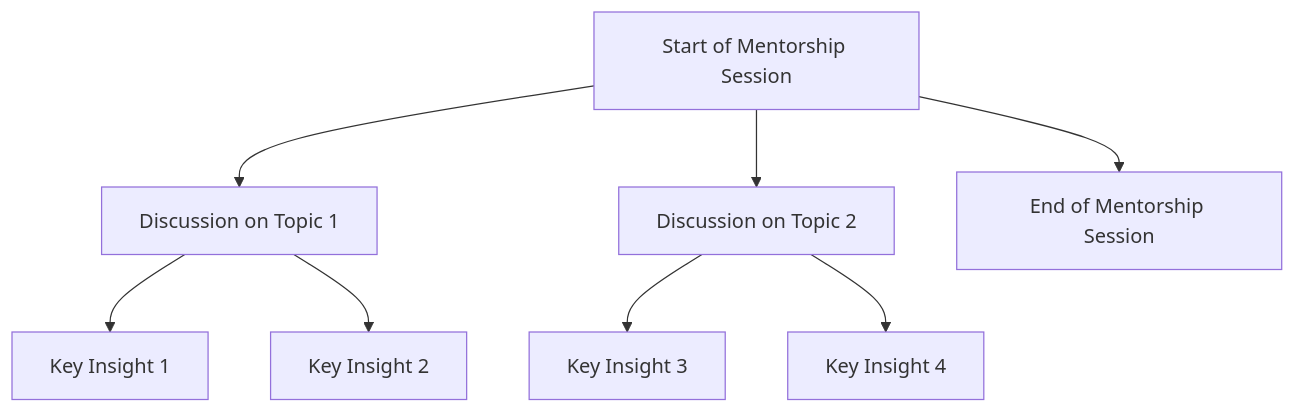
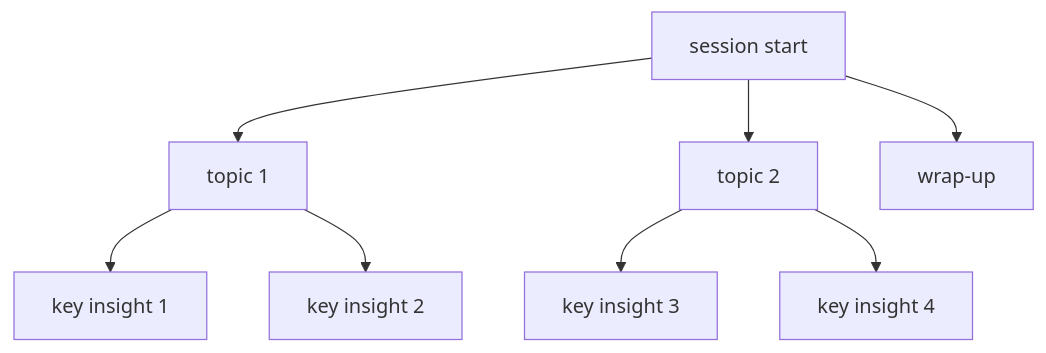
One commit to mrncstt/mrncstt.github.io changed the diagram in _posts/2024-03-03-seeking_insights_from_a_recording_using_google_cloud_speech_to_text_google_colab_and_chatgpt.md. Above: the diagram before and after it, drawn with Mermaid. The commit also changed other lines of this file, not shown here.

````diff
--- a/_posts/2024-03-03-seeking_insights_from_a_recording_using_google_cloud_speech_to_text_google_colab_and_chatgpt.md
+++ b/_posts/2024-03-03-seeking_insights_from_a_recording_using_google_cloud_speech_to_text_google_colab_and_chatgpt.md
@@ -132,10 +140,10 @@
 ```mermaid
 graph TD
-    A[Start of Mentorship Session] --> B[Discussion on Topic 1]
-    B --> C[Key Insight 1]
-    B --> D[Key Insight 2]
-    A --> E[Discussion on Topic 2]
-    E --> F[Key Insight 3]
-    E --> G[Key Insight 4]
-    A --> H[End of Mentorship Session]
+    A[session start] --> B[topic 1]
+    B --> C[key insight 1]
+    B --> D[key insight 2]
+    A --> E[topic 2]
+    E --> F[key insight 3]
+    E --> G[key insight 4]
+    A --> H[wrap-up]
 ```
````
